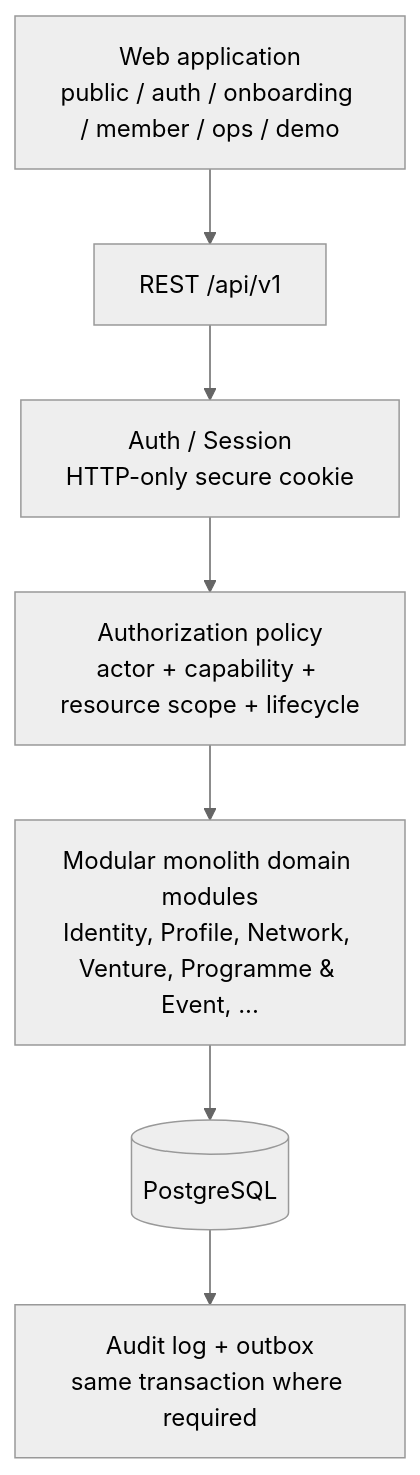
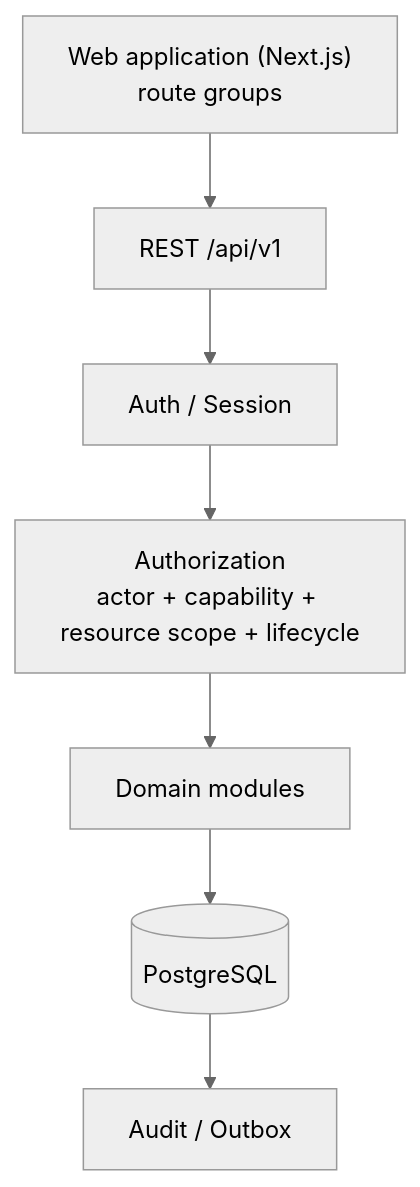
The diagram in README.md (austinfinity79/1hub-network), drawn with Mermaid (neutral theme) before and after one commit. The commit also changed other lines of this file and 1 other file, not shown here.

````diff
--- a/README.md
+++ b/README.md
@@ -94,17 +51,17 @@
 ```mermaid
 flowchart TD
-    WEB["Web application<br/>public / auth / onboarding / member / ops / demo"]
+    WEB["Web application (Next.js)<br/>route groups"]
     API["REST /api/v1"]
-    AUTH["Auth / Session<br/>HTTP-only secure cookie"]
-    AUTHZ["Authorization policy<br/>actor + capability + resource scope + lifecycle"]
-    MOD["Modular monolith domain modules<br/>Identity, Profile, Network, Venture, Programme & Event, ..."]
+    AUTH["Auth / Session"]
+    AUTHZ["Authorization<br/>actor + capability + resource scope + lifecycle"]
+    MOD["Domain modules"]
     PG[("PostgreSQL")]
-    AUD["Audit log + outbox<br/>same transaction where required"]
+    AUD["Audit / Outbox"]
 
     WEB --> API
     API --> AUTH
     AUTH --> AUTHZ
     AUTHZ --> MOD
     MOD --> PG
     PG --> AUD
 ```
````
